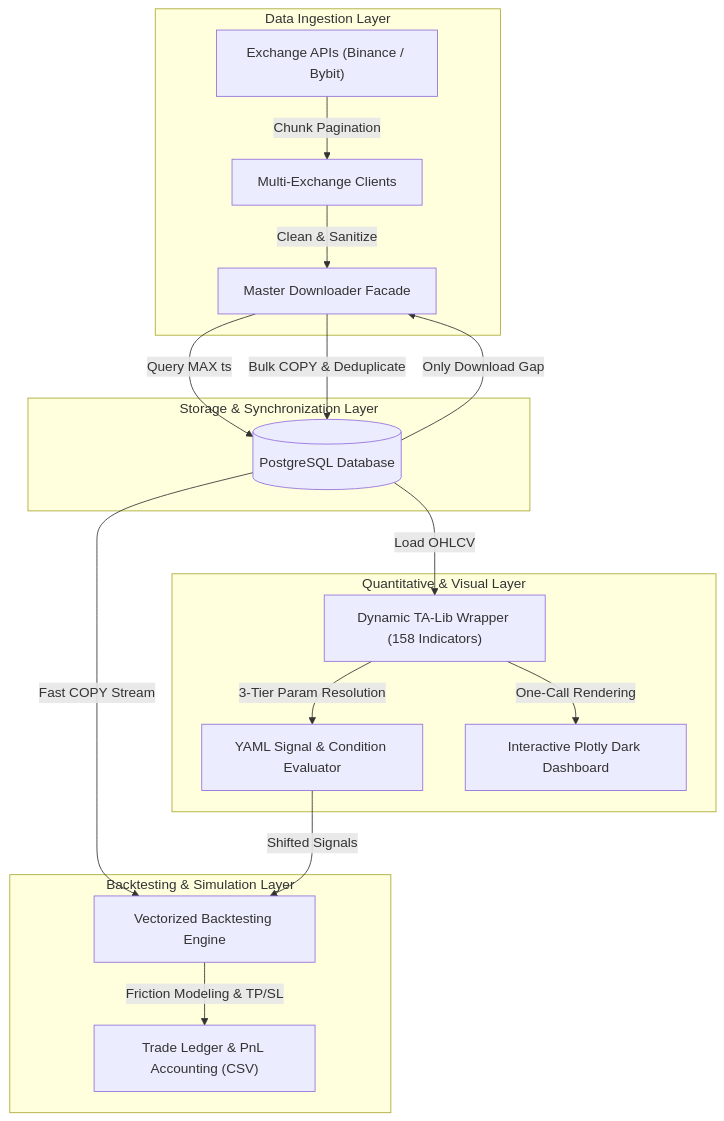
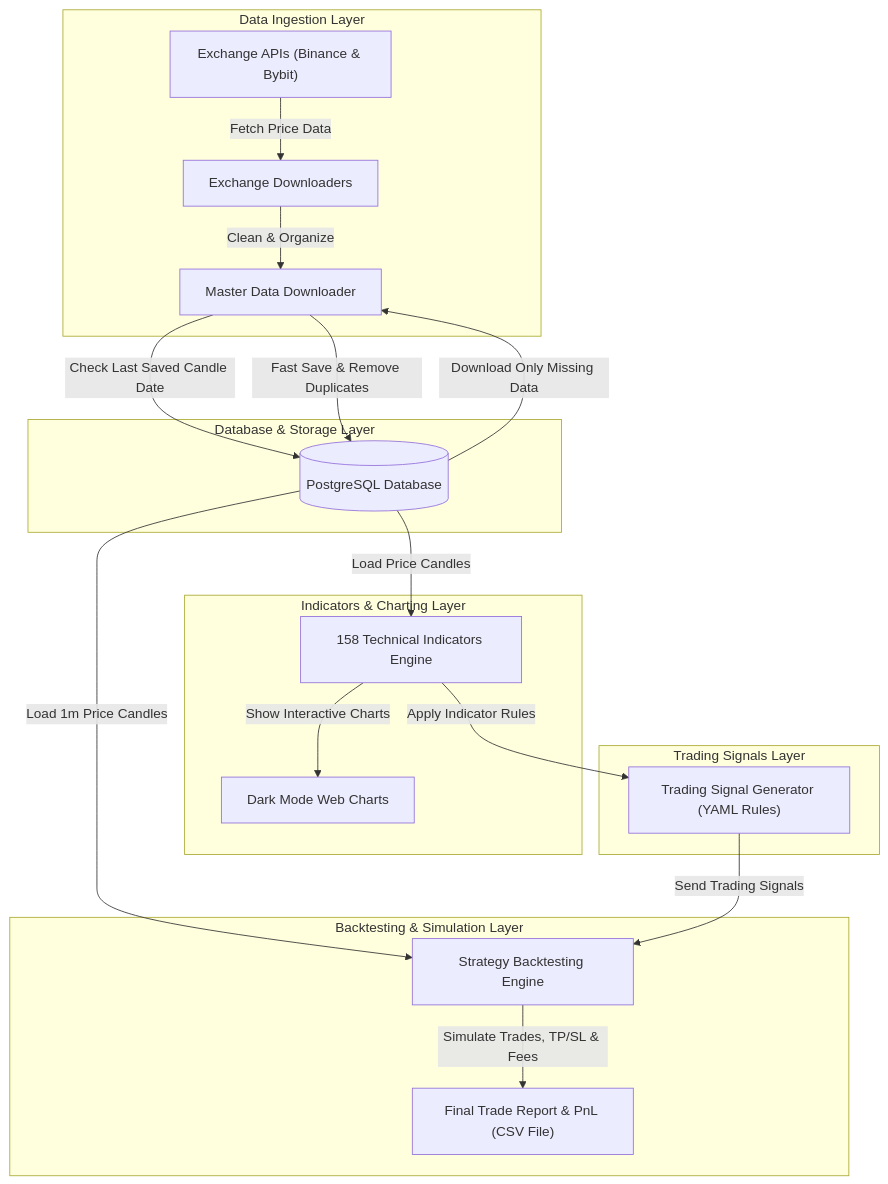
Before and after one commit to 21Afnan/cryptosight: the diagram in README.md, drawn with Mermaid.

Commit message:
updated pipeline

````diff
--- a/README.md
+++ b/README.md
@@ -32,25 +32,28 @@
 ```mermaid
 graph TD
     subgraph Data Ingestion Layer
-        API["Exchange APIs (Binance / Bybit)"] -->|Chunk Pagination| Fetcher["Multi-Exchange Clients"]
-        Fetcher -->|Clean & Sanitize| Facade["Master Downloader Facade"]
+        API["Exchange APIs (Binance & Bybit)"] -->|Fetch Price Data| Fetcher["Exchange Downloaders"]
+        Fetcher -->|Clean & Organize| Facade["Master Data Downloader"]
     end
 
-    subgraph Storage & Synchronization Layer
-        Facade -->|Query MAX ts| SQL_Check[("PostgreSQL Database")]
-        SQL_Check -->|Only Download Gap| Facade
-        Facade -->|Bulk COPY & Deduplicate| SQL_Check
+    subgraph Database & Storage Layer
+        Facade -->|Check Last Saved Candle Date| SQL_Check[("PostgreSQL Database")]
+        SQL_Check -->|Download Only Missing Data| Facade
+        Facade -->|Fast Save & Remove Duplicates| SQL_Check
     end
 
-    subgraph Quantitative & Visual Layer
-        SQL_Check -->|Load OHLCV| Engine["Dynamic TA-Lib Wrapper (158 Indicators)"]
-        Engine -->|3-Tier Param Resolution| Signals["YAML Signal & Condition Evaluator"]
-        Engine -->|One-Call Rendering| Dashboard["Interactive Plotly Dark Dashboard"]
+    subgraph Indicators & Charting Layer
+        SQL_Check -->|Load Price Candles| Engine["158 Technical Indicators Engine"]
+        Engine -->|Show Interactive Charts| Dashboard["Dark Mode Web Charts"]
+    end
+
+    subgraph Trading Signals Layer
+        Engine -->|Apply Indicator Rules| Signals["Trading Signal Generator (YAML Rules)"]
     end
 
     subgraph Backtesting & Simulation Layer
-        SQL_Check -->|Fast COPY Stream| Backtester["Vectorized Backtesting Engine"]
-        Signals -->|Shifted Signals| Backtester
-        Backtester -->|Friction Modeling & TP/SL| Ledger["Trade Ledger & PnL Accounting (CSV)"]
+        SQL_Check -->|Load 1m Price Candles| Backtester["Strategy Backtesting Engine"]
+        Signals -->|Send Trading Signals| Backtester
+        Backtester -->|Simulate Trades, TP/SL & Fees| Ledger["Final Trade Report & PnL (CSV File)"]
     end
 ```
````
